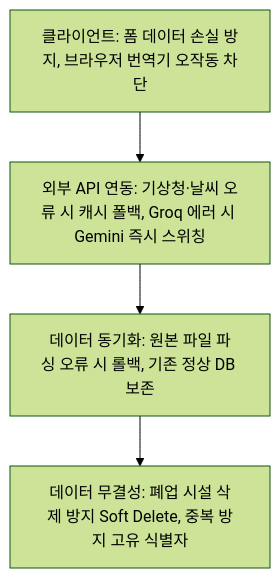
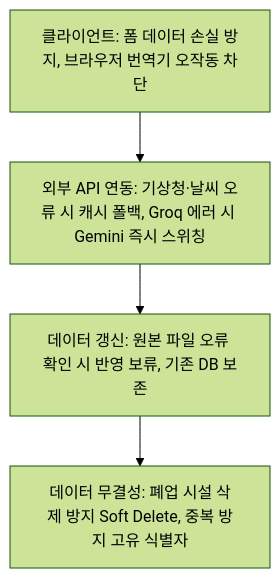
The eighth of 8 diagrams in README.md (encore-ai-campus/mlo-02-p1-team4), drawn with Mermaid (forest theme) before and after one commit. The commit also changed other lines of this file, not shown here.

````diff
--- a/README.md
+++ b/README.md
@@ -529,9 +523,9 @@
 ```mermaid
 flowchart TD
     ClientErr["클라이언트: 폼 데이터 손실 방지, 브라우저 번역기 오작동 차단"]
     APIErr["외부 API 연동: 기상청·날씨 오류 시 캐시 폴백, Groq 에러 시 Gemini 즉시 스위칭"]
-    SyncErr["데이터 동기화: 원본 파일 파싱 오류 시 롤백, 기존 정상 DB 보존"]
+    SyncErr["데이터 갱신: 원본 파일 오류 확인 시 반영 보류, 기존 DB 보존"]
     DataErr["데이터 무결성: 폐업 시설 삭제 방지 Soft Delete, 중복 방지 고유 식별자"]
 
     ClientErr --> APIErr --> SyncErr --> DataErr
 ```
````
